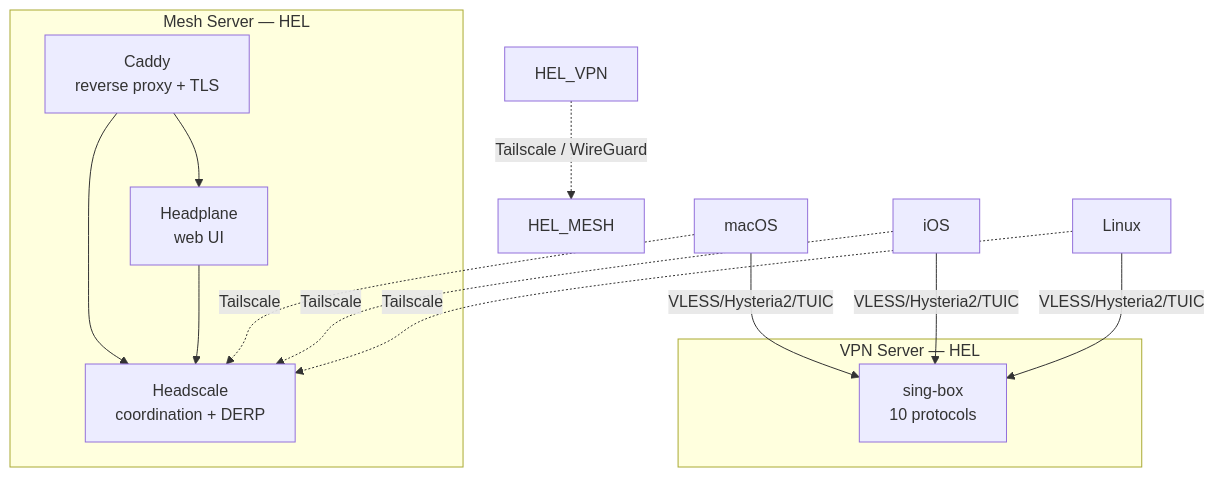
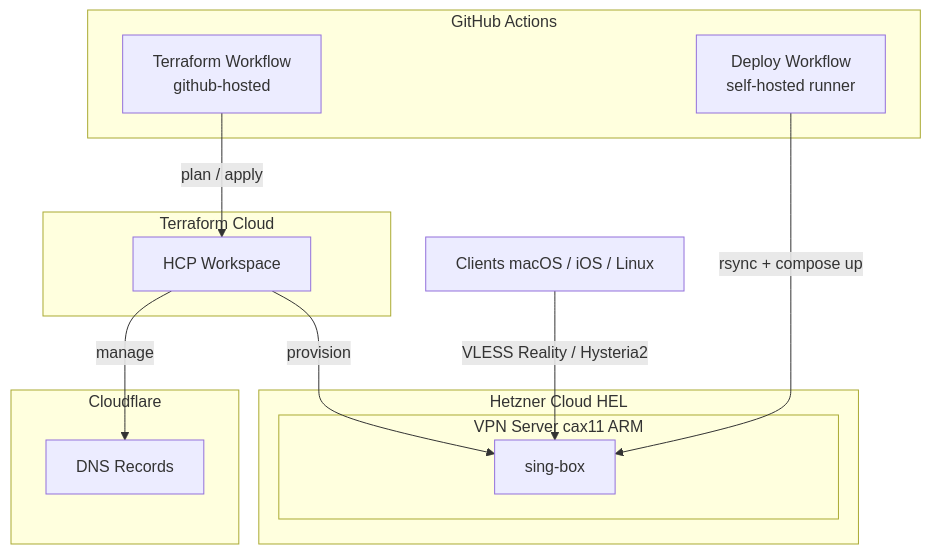
Before and after one commit to CosmDandy/lab-private: the diagram in README.md, drawn with Mermaid. The commit also changed other lines of this file and 1 other file, not shown here.

````diff
--- a/README.md
+++ b/README.md
@@ -7,25 +30,28 @@
 ```mermaid
 graph TB
-    subgraph "VPN Server — HEL"
-        SB[sing-box<br/>10 protocols]
+    subgraph "Terraform Cloud"
+        TFC[HCP Workspace]
     end
 
-    subgraph "Mesh Server — HEL"
-        C[Caddy<br/>reverse proxy + TLS]
-        HS[Headscale<br/>coordination + DERP]
-        HP[Headplane<br/>web UI]
-        C --> HS
-        C --> HP
-        HP --> HS
+    subgraph "Cloudflare"
+        DNS[DNS Records]
     end
 
-    HEL_VPN -.->|Tailscale / WireGuard| HEL_MESH
+    subgraph "GitHub Actions"
+        TFW[Terraform Workflow<br/>github-hosted]
+        DPL[Deploy Workflow<br/>self-hosted runner]
+    end
 
-    Client1[macOS] -->|VLESS/Hysteria2/TUIC| SB
-    Client2[iOS] -->|VLESS/Hysteria2/TUIC| SB
-    Client3[Linux] -->|VLESS/Hysteria2/TUIC| SB
+    subgraph "Hetzner Cloud  HEL"
+        subgraph "VPN Server  cax11 ARM"
+            SB[sing-box]
+        end
+    end
 
-    Client1 -.->|Tailscale| HS
-    Client2 -.->|Tailscale| HS
-    Client3 -.->|Tailscale| HS
+    TFW -->|plan / apply| TFC
+    TFC -->|provision| SB
+    TFC -->|manage| DNS
+    DPL -->|rsync + compose up| SB
+
+    Client[Clients  macOS / iOS / Linux] -->|VLESS Reality / Hysteria2| SB
 ```
````
